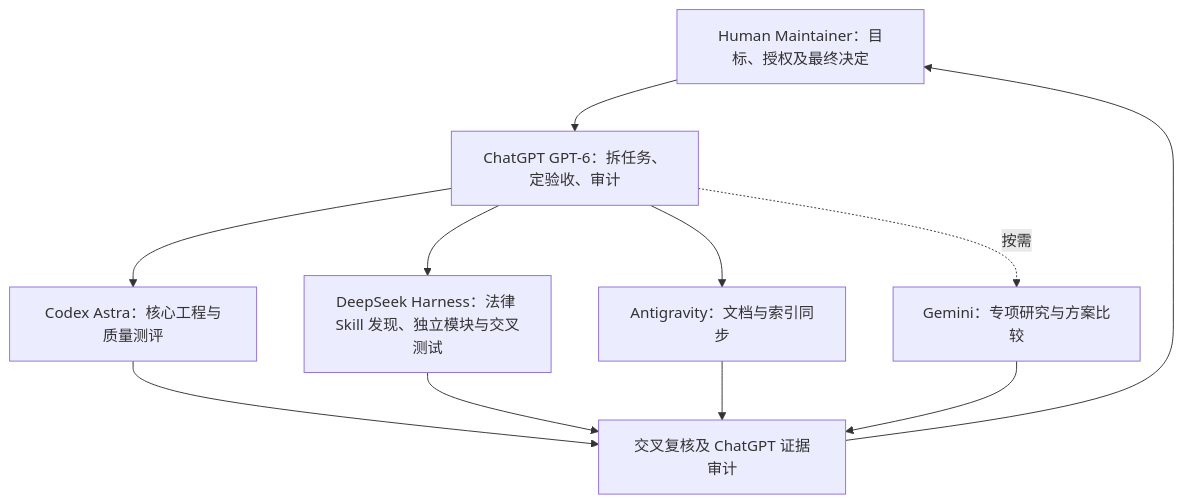
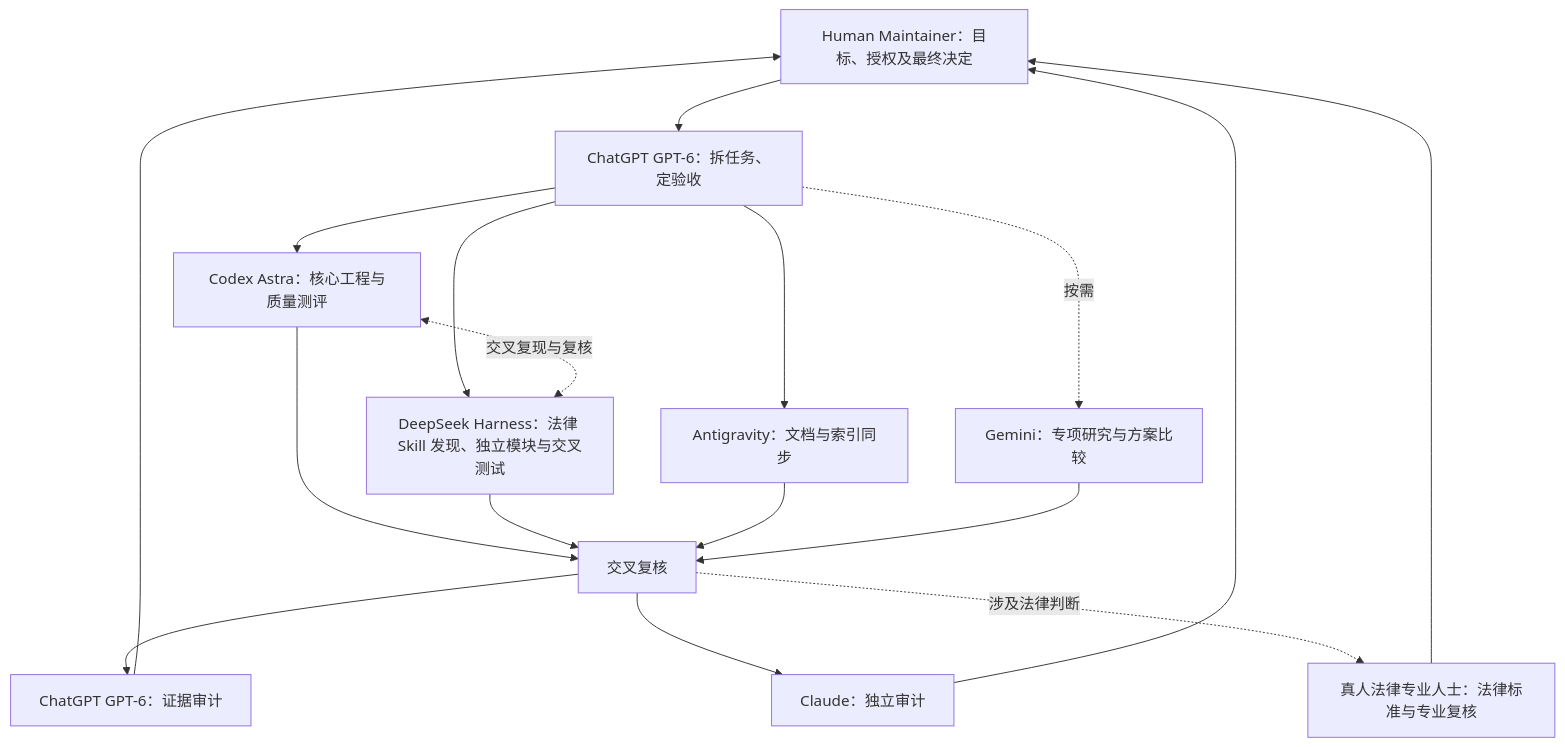
One commit to fitalex/LexRouter changed the diagram in AGENTS.md. Above: the diagram before and after it, drawn with Mermaid. The commit also changed other lines of this file, not shown here.

Commit message:
docs(gov): add Claude independent auditor to collaboration V2.2

````diff
--- a/AGENTS.md
+++ b/AGENTS.md
@@ -36,13 +46,19 @@
 ```mermaid
 flowchart TD
-    H["Human Maintainer：目标、授权及最终决定"] --> C["ChatGPT GPT-6：拆任务、定验收、审计"]
+    H["Human Maintainer：目标、授权及最终决定"] --> C["ChatGPT GPT-6：拆任务、定验收"]
     C --> E["Codex Astra：核心工程与质量测评"]
     C --> D["DeepSeek Harness：法律 Skill 发现、独立模块与交叉测试"]
     C --> A["Antigravity：文档与索引同步"]
     C -. 按需 .-> G["Gemini：专项研究与方案比较"]
-    E --> R["交叉复核及 ChatGPT 证据审计"]
+    E <-. 交叉复现与复核 .-> D
+    E --> R["交叉复核"]
     D --> R
     A --> R
     G --> R
-    R --> H
+    R --> C2["ChatGPT GPT-6：证据审计"]
+    R --> L["Claude：独立审计"]
+    R -. 涉及法律判断 .-> P["真人法律专业人士：法律标准与专业复核"]
+    C2 --> H
+    L --> H
+    P --> H
 ```
````
